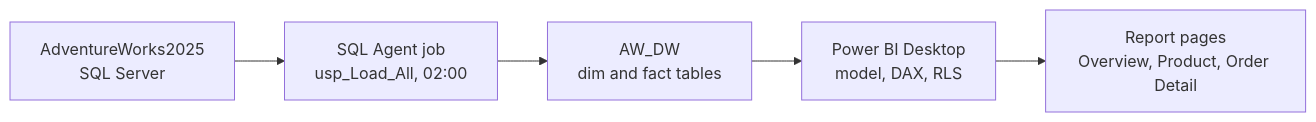
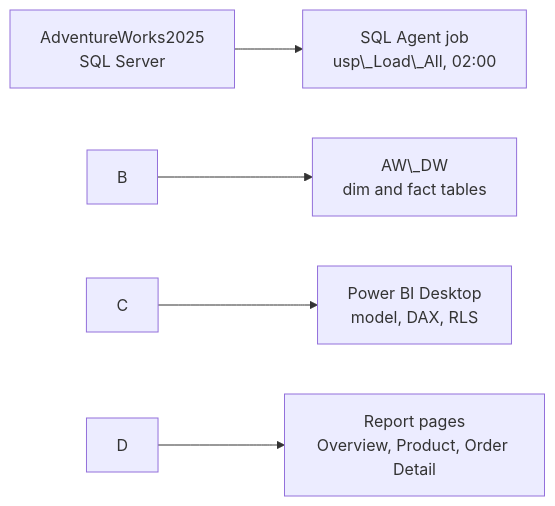
The diagram in README.md (abbanyal/adventureworks-bi-project), drawn with Mermaid before and after one commit. The commit also changed other lines of this file and 1 other file, not shown here.

````diff
--- a/README.md
+++ b/README.md
@@ -9,7 +9,7 @@
 ```mermaid
 flowchart LR
-  A[AdventureWorks2025<br/>SQL Server] --> B[SQL Agent job<br/>usp_Load_All, 02:00]
-  B --> C[AW_DW<br/>dim and fact tables]
-  C --> D[Power BI Desktop<br/>model, DAX, RLS]
-  D --> E[Report pages<br/>Overview, Product, Order Detail]
+  A\[AdventureWorks2025<br/>SQL Server] --> B\[SQL Agent job<br/>usp\_Load\_All, 02:00]
+  B --> C\[AW\_DW<br/>dim and fact tables]
+  C --> D\[Power BI Desktop<br/>model, DAX, RLS]
+  D --> E\[Report pages<br/>Overview, Product, Order Detail]
 ```
````
